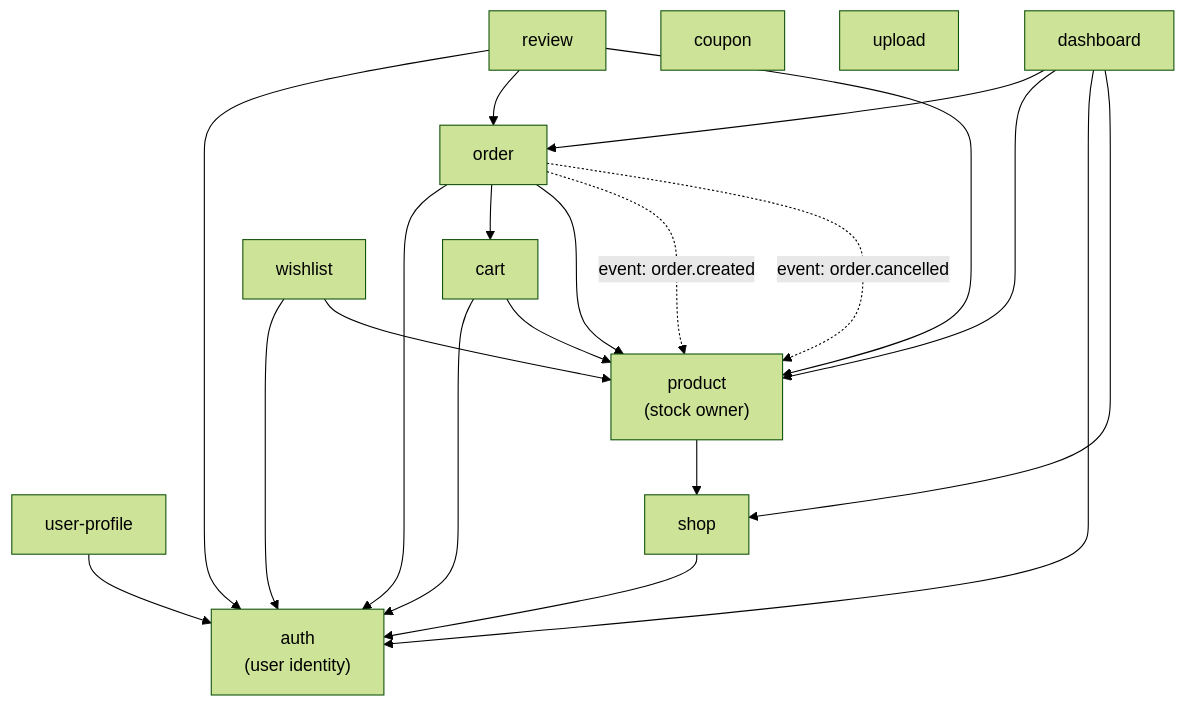
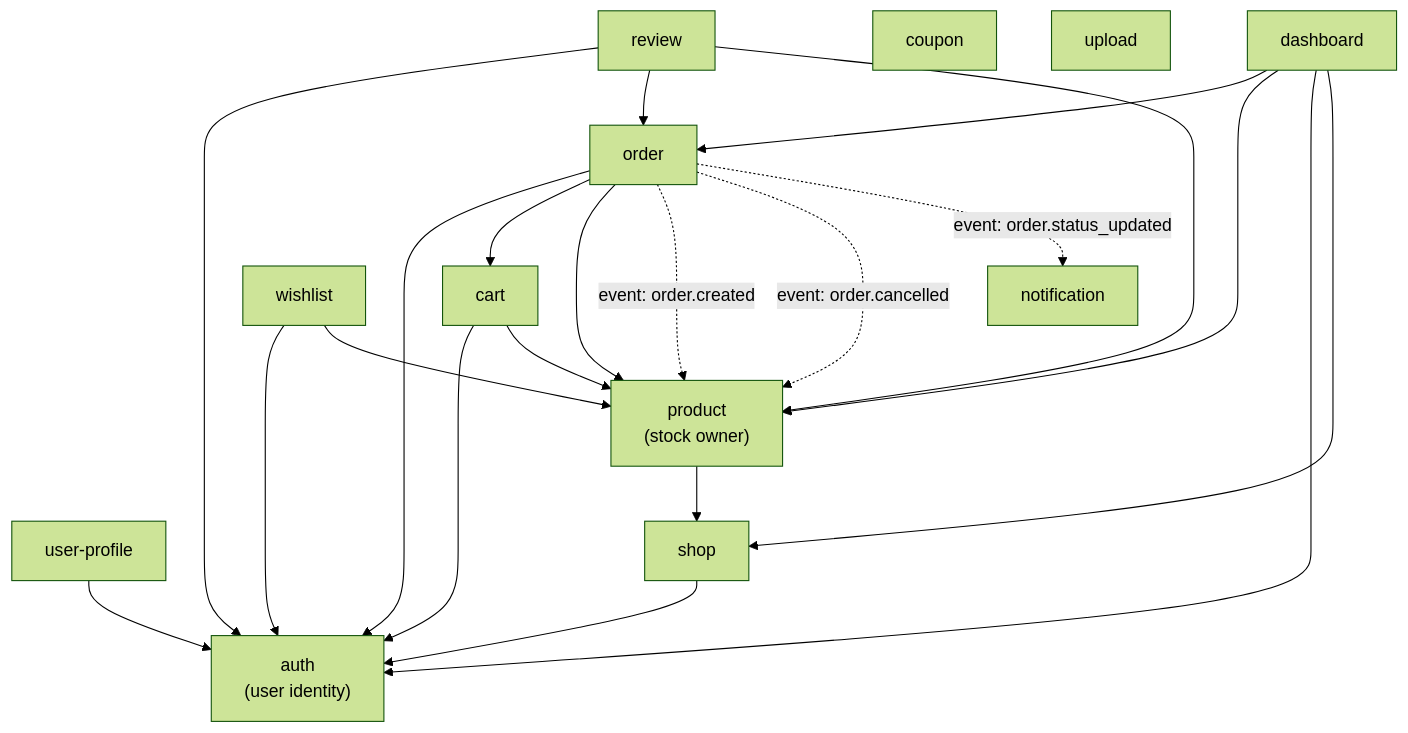
One commit to Hy-Khang/E-commerce-shop-Amazon- changed the third of 3 diagrams in backend-nestjs/docs/BE-ARCHITECTURE.md. Above: the diagram before and after it, drawn with Mermaid (forest theme). The commit also changed other lines of this file and 8 other files, not shown here.

````diff
--- a/backend-nestjs/docs/BE-ARCHITECTURE.md
+++ b/backend-nestjs/docs/BE-ARCHITECTURE.md
@@ -209,28 +211,29 @@
 ```mermaid
 graph TD
     Auth["auth<br/>(user identity)"]
     UP["user-profile"] --> Auth
     Shop["shop"] --> Auth
     Cart["cart"] --> Auth
     Cart --> Product["product<br/>(stock owner)"]
     Product --> Shop
     Order["order"] --> Auth
     Order --> Cart
     Order --> Product
     Review["review"] --> Auth
     Review --> Order
     Review --> Product
 
     Wishlist["wishlist"] --> Auth
     Wishlist --> Product
     Coupon["coupon"]
     Upload["upload"]
     Dashboard["dashboard"] --> Order
     Dashboard --> Product
     Dashboard --> Auth
     Dashboard --> Shop
 
     Order -.->|event: order.created| Product
     Order -.->|event: order.cancelled| Product
+    Order -.->|event: order.status_updated| Notification["notification"]
 
 ```
````
